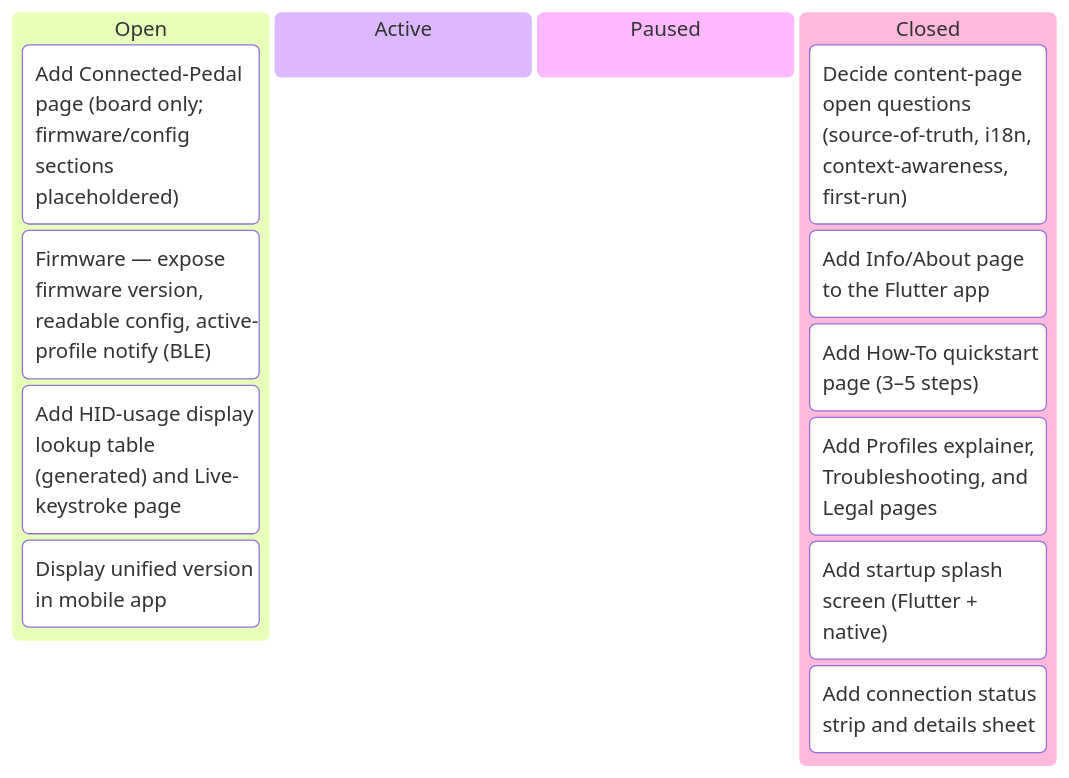
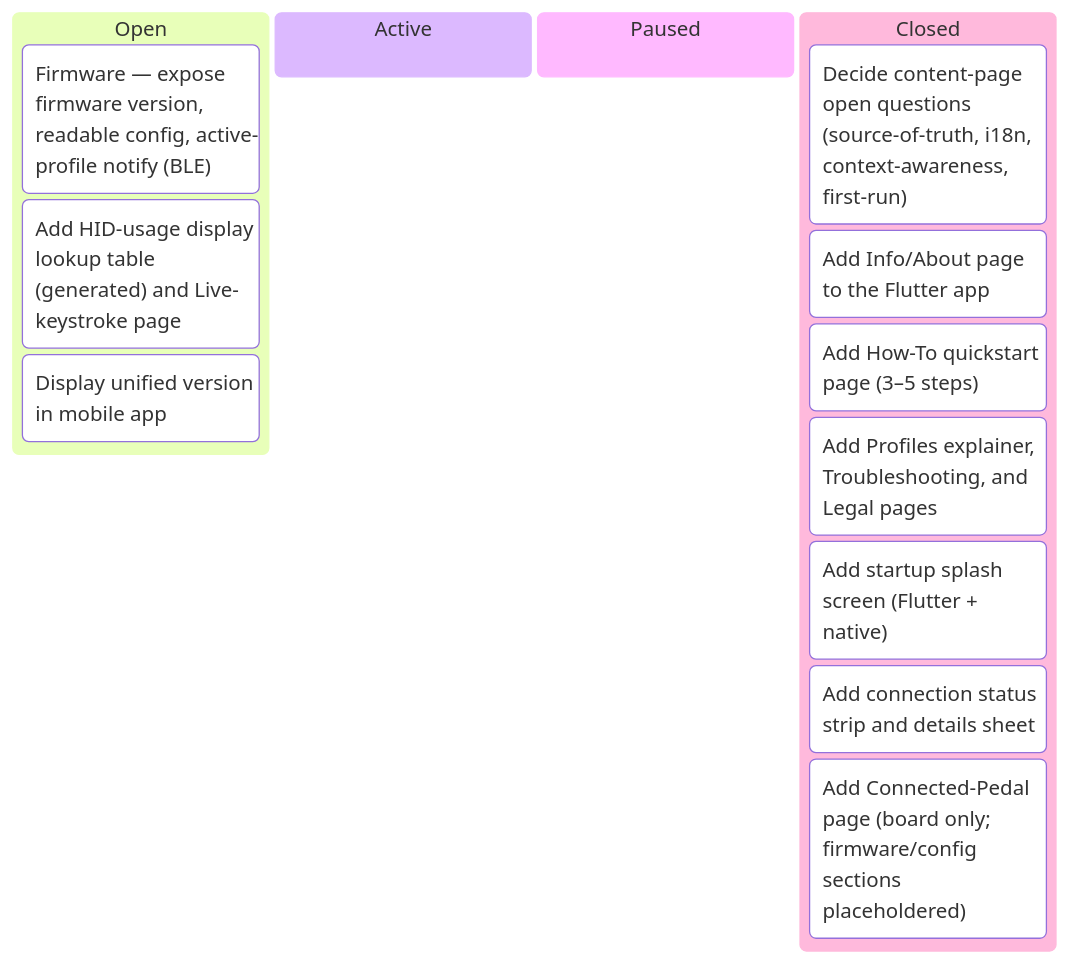
Before and after one commit to tgd1975/AwesomeStudioPedal: the first of 7 diagrams in docs/developers/tasks/KANBAN.md, drawn with Mermaid. The commit also changed other lines of this file and 10 other files, not shown here.

First line of the commit message:
close TASK-336: Add Connected-Pedal page (board only)

````diff
--- a/docs/developers/tasks/KANBAN.md
+++ b/docs/developers/tasks/KANBAN.md
@@ -11,17 +11,17 @@
 ```mermaid
 kanban
   Open
-    TASK_336["Add Connected-Pedal page (board only; firmware/config sections placeholdered)"]
     TASK_337["Firmware — expose firmware version, readable config, active-profile notify (BLE)"]
     TASK_338["Add HID-usage display lookup table (generated) and Live-keystroke page"]
     TASK_349["Display unified version in mobile app"]
   Active
   Paused
   Closed
     TASK_330["Decide content-page open questions (source-of-truth, i18n, context-awareness, first-run)"]
     TASK_331["Add Info/About page to the Flutter app"]
     TASK_332["Add How-To quickstart page (3–5 steps)"]
     TASK_333["Add Profiles explainer, Troubleshooting, and Legal pages"]
     TASK_334["Add startup splash screen (Flutter + native)"]
     TASK_335["Add connection status strip and details sheet"]
+    TASK_336["Add Connected-Pedal page (board only; firmware/config sections placeholdered)"]
 ```
````
